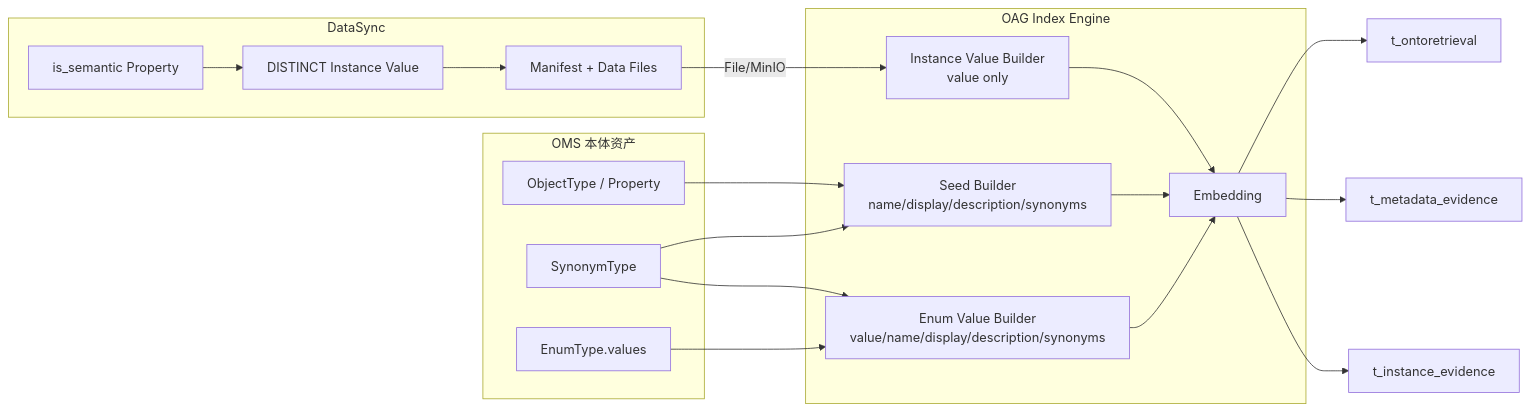
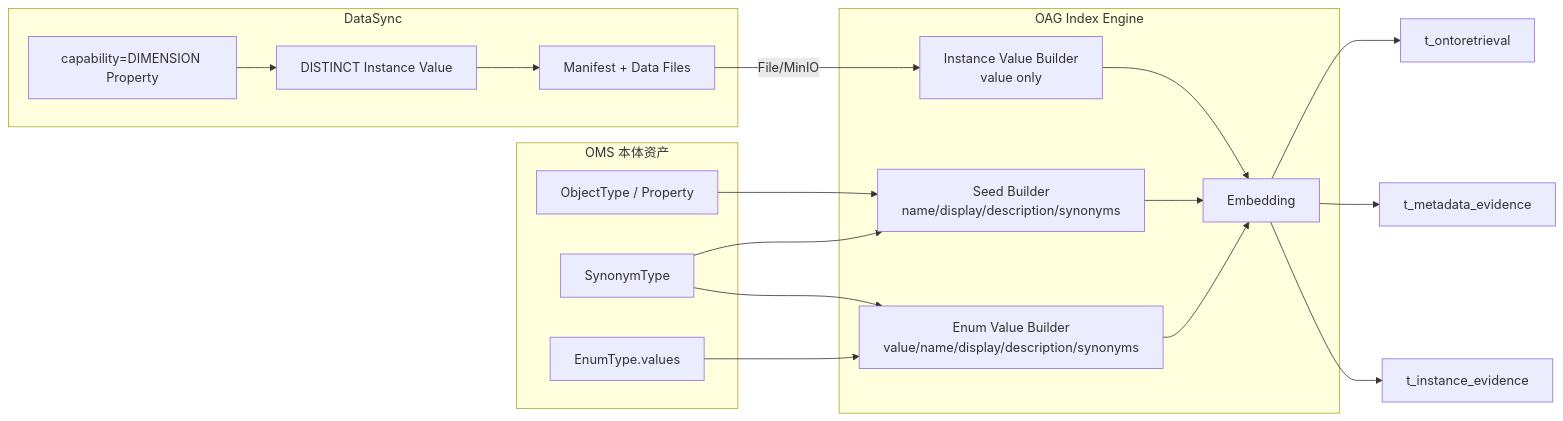
Before and after one commit to cfwl100/onology_dsl: the second of 6 diagrams in docs/OAG本体锚点语义检索与向量索引设计方案.md, drawn with Mermaid. The commit also changed other lines of this file, not shown here.

````diff
--- a/docs/OAG本体锚点语义检索与向量索引设计方案.md
+++ b/docs/OAG本体锚点语义检索与向量索引设计方案.md
@@ -1193,38 +1154,38 @@
 ```mermaid
 flowchart LR
     subgraph OMS[OMS 本体资产]
       OT[ObjectType / Property]
       ST[SynonymType]
       EN[EnumType.values]
     end
 
     subgraph DS[DataSync]
-      SC[is_semantic Property]
+      SC[capability=DIMENSION Property]
       DV[DISTINCT Instance Value]
       PKG[Manifest + Data Files]
     end
 
     subgraph OAG[OAG Index Engine]
       SB[Seed Builder<br/>name/display/description/synonyms]
       MB[Enum Value Builder<br/>value/name/display/description/synonyms]
       IB[Instance Value Builder<br/>value only]
       EMB[Embedding]
     end
 
     OT --> SB
     ST --> SB
     EN --> MB
     ST --> MB
 
     SC --> DV
     DV --> PKG
     PKG -->|File/MinIO| IB
 
     SB --> EMB
     MB --> EMB
     IB --> EMB
 
     EMB --> GV1[t_ontoretrieval]
     EMB --> GV2[t_metadata_evidence]
     EMB --> GV3[t_instance_evidence]
 ```
````
